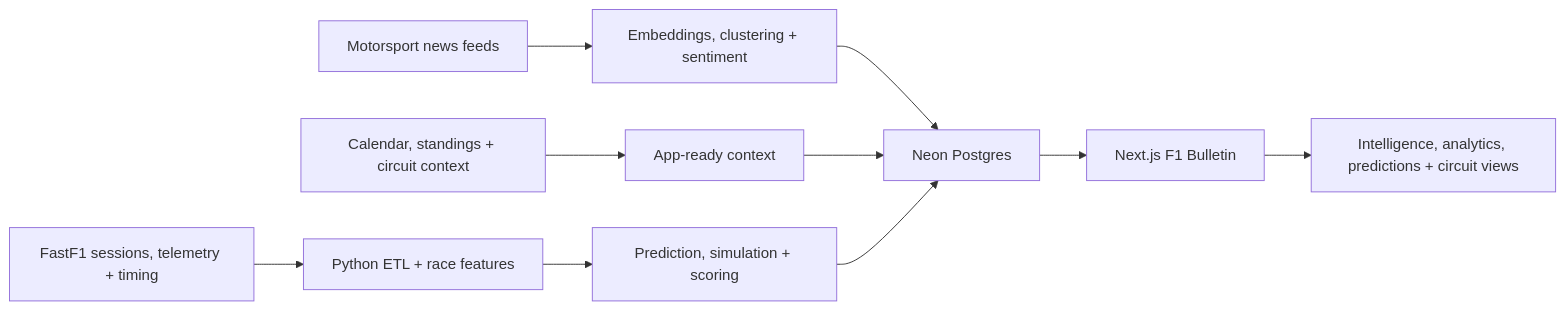
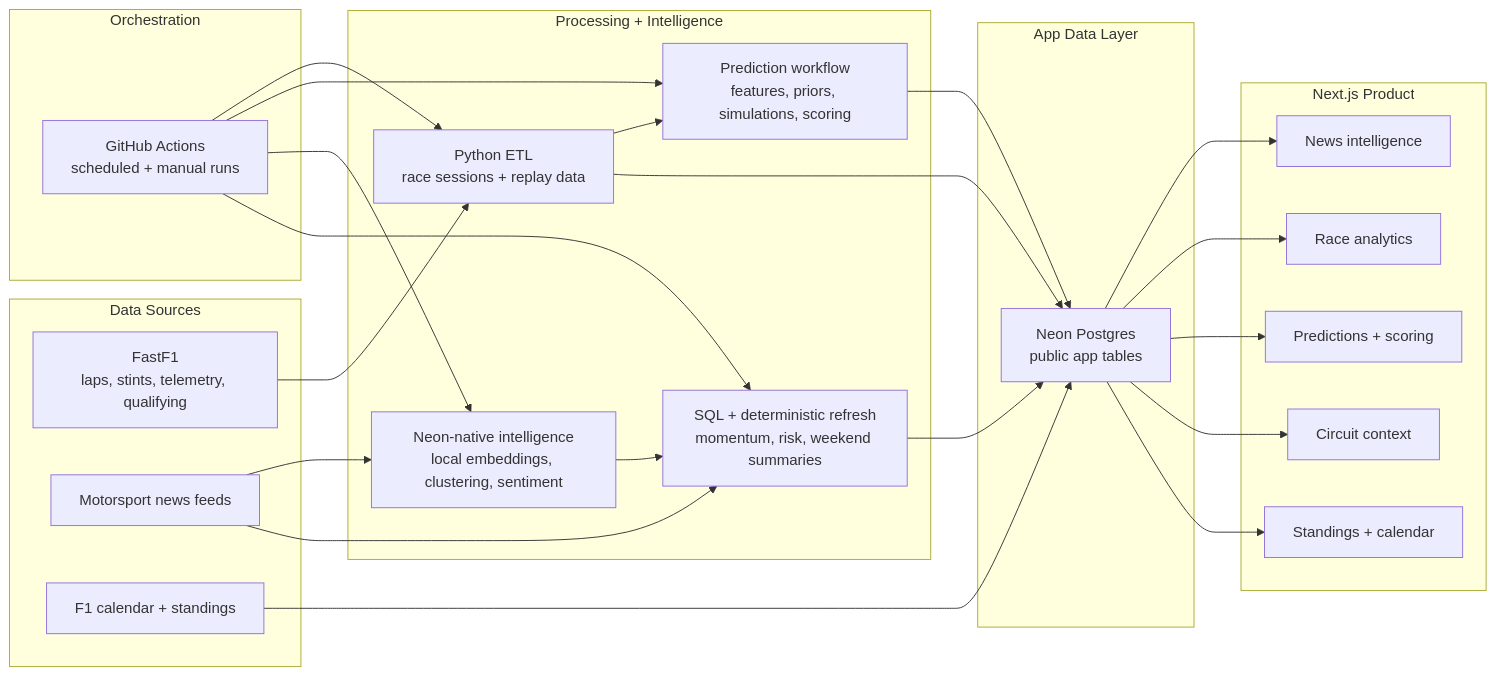
Before and after one commit to Pournami-Prakash/f1-bulletin-live: the diagram in README.md, drawn with Mermaid.

Commit message:
Make README more visual and engaging

````diff
--- a/README.md
+++ b/README.md
@@ -74,12 +74,50 @@
 ```mermaid
 flowchart LR
-    A["FastF1 sessions, telemetry + timing"] --> D["Python ETL + race features"]
-    B["Motorsport news feeds"] --> E["Embeddings, clustering + sentiment"]
-    C["Calendar, standings + circuit context"] --> F["App-ready context"]
-    D --> G["Prediction, simulation + scoring"]
-    E --> H["Neon Postgres"]
-    F --> H
-    G --> H
-    H --> I["Next.js F1 Bulletin"]
-    I --> J["Intelligence, analytics, predictions + circuit views"]
+  subgraph Sources["Data Sources"]
+    A["FastF1<br/>laps, stints, telemetry, qualifying"]
+    B["Motorsport news feeds"]
+    C["F1 calendar + standings"]
+  end
+
+  subgraph Orchestration["Orchestration"]
+    D["GitHub Actions<br/>scheduled + manual runs"]
+  end
+
+  subgraph Processing["Processing + Intelligence"]
+    E["Python ETL<br/>race sessions + replay data"]
+    F["Prediction workflow<br/>features, priors, simulations, scoring"]
+    G["Neon-native intelligence<br/>local embeddings, clustering, sentiment"]
+    H["SQL + deterministic refresh<br/>momentum, risk, weekend summaries"]
+  end
+
+  subgraph AppData["App Data Layer"]
+    I["Neon Postgres<br/>public app tables"]
+  end
+
+  subgraph Product["Next.js Product"]
+    J["News intelligence"]
+    K["Race analytics"]
+    L["Predictions + scoring"]
+    M["Circuit context"]
+    N["Standings + calendar"]
+  end
+
+  D --> E
+  D --> F
+  D --> G
+  D --> H
+  B --> G
+  B --> H
+  A --> E
+  E --> F
+  E --> I
+  F --> I
+  G --> H
+  H --> I
+  C --> I
+  I --> J
+  I --> K
+  I --> L
+  I --> M
+  I --> N
 ```
````
